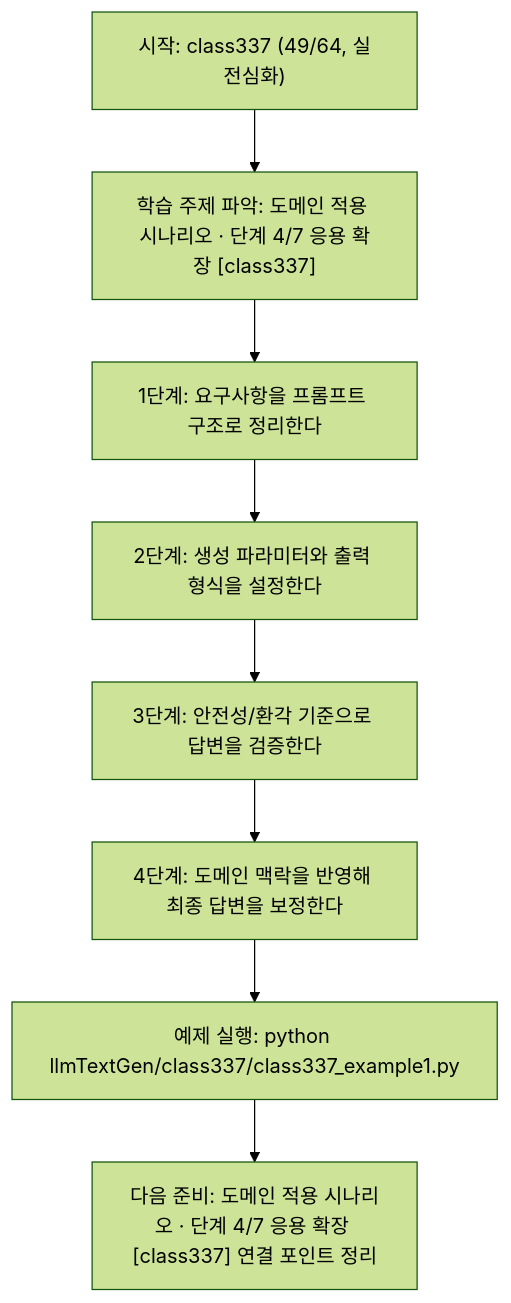
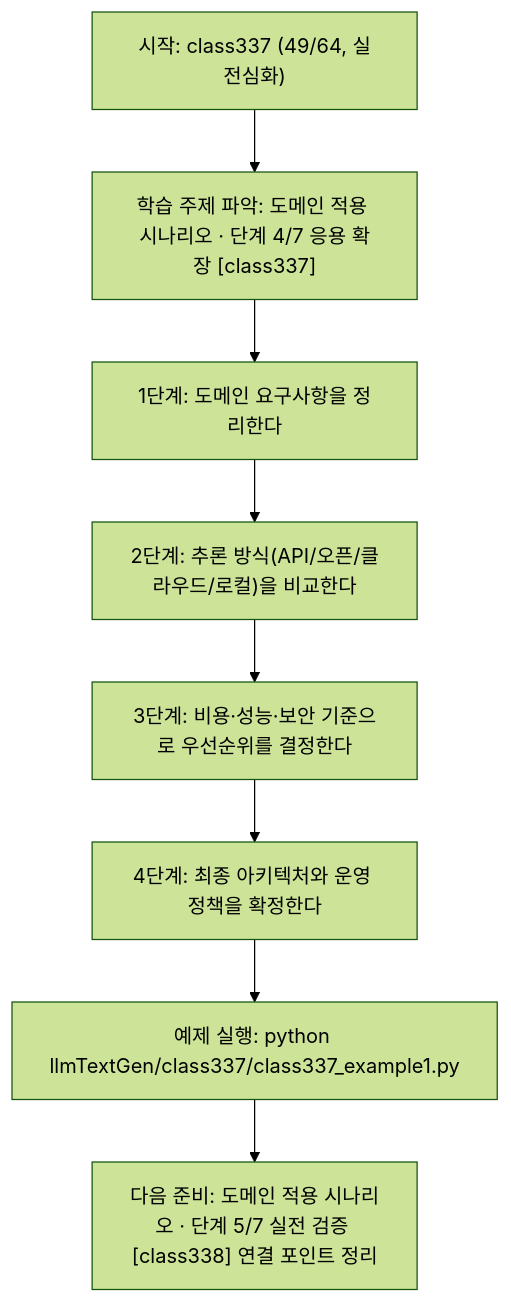
Before and after one commit to edumgt/Python-AI_Agent-Class: the diagram in llmTextGen/class337/class337.md, drawn with Mermaid (forest theme). The commit also changed other lines of this file and 451 other files, not shown here.

````diff
--- a/llmTextGen/class337/class337.md
+++ b/llmTextGen/class337/class337.md
@@ -114,18 +95,18 @@
 ```mermaid
 flowchart TD
 N1["시작: class337 (49/64, 실전심화)"]
 N2["학습 주제 파악: 도메인 적용 시나리오 · 단계 4/7 응용 확장 [class337]"]
-N3["1단계: 요구사항을 프롬프트 구조로 정리한다"]
-N4["2단계: 생성 파라미터와 출력 형식을 설정한다"]
-N5["3단계: 안전성/환각 기준으로 답변을 검증한다"]
-N6["4단계: 도메인 맥락을 반영해 최종 답변을 보정한다"]
+N3["1단계: 도메인 요구사항을 정리한다"]
+N4["2단계: 추론 방식(API/오픈/클라우드/로컬)을 비교한다"]
+N5["3단계: 비용·성능·보안 기준으로 우선순위를 결정한다"]
+N6["4단계: 최종 아키텍처와 운영 정책을 확정한다"]
 N7["예제 실행: python llmTextGen/class337/class337_example1.py"]
-N8["다음 준비: 도메인 적용 시나리오 · 단계 4/7 응용 확장 [class337] 연결 포인트 정리"]
+N8["다음 준비: 도메인 적용 시나리오 · 단계 5/7 실전 검증 [class338] 연결 포인트 정리"]
 N1 --> N2
 N2 --> N3
 N3 --> N4
 N4 --> N5
 N5 --> N6
 N6 --> N7
 N7 --> N8
 ```
````
